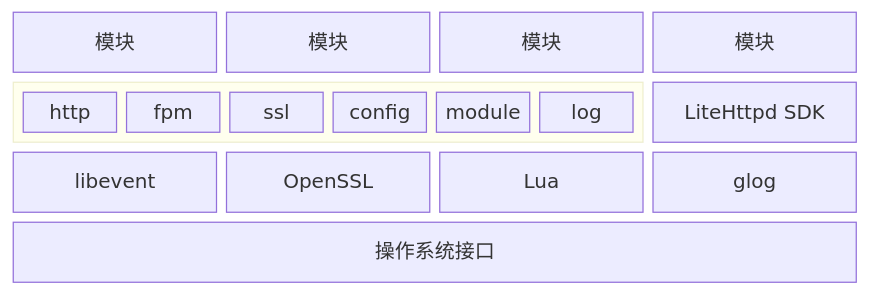
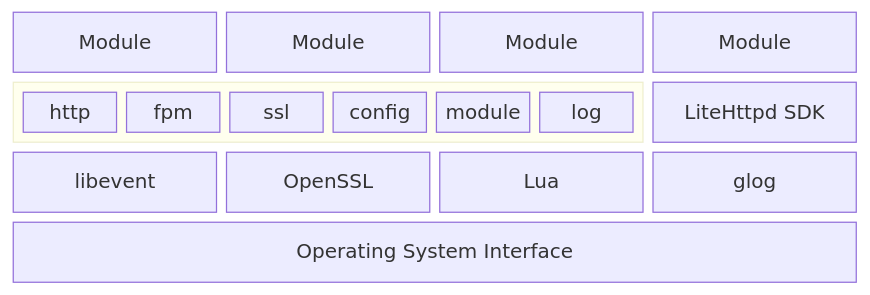
One commit to LiteHttpd/LiteHttpd changed the diagram in docs/en-US.md. Above: the diagram before and after it, drawn with Mermaid. The commit also changed other lines of this file, not shown here.

````diff
--- a/docs/en-US.md
+++ b/docs/en-US.md
@@ -360,15 +413,15 @@
 ```mermaid
 block-beta
     columns 8
 
-    m1["模块"]:2 m2["模块"]:2 m3["模块"]:2 m4["模块"]:2
+    m1["Module"]:2 m2["Module"]:2 m3["Module"]:2 m4["Module"]:2
 
     block:litehttpd:6
         http fpm ssl config module log
     end
     sdk["LiteHttpd SDK"]:2
 
     libevent:2 OpenSSL:2 Lua:2 glog:2
 
-    system["操作系统接口"]:8
+    system["Operating System Interface"]:8
 ```
````
